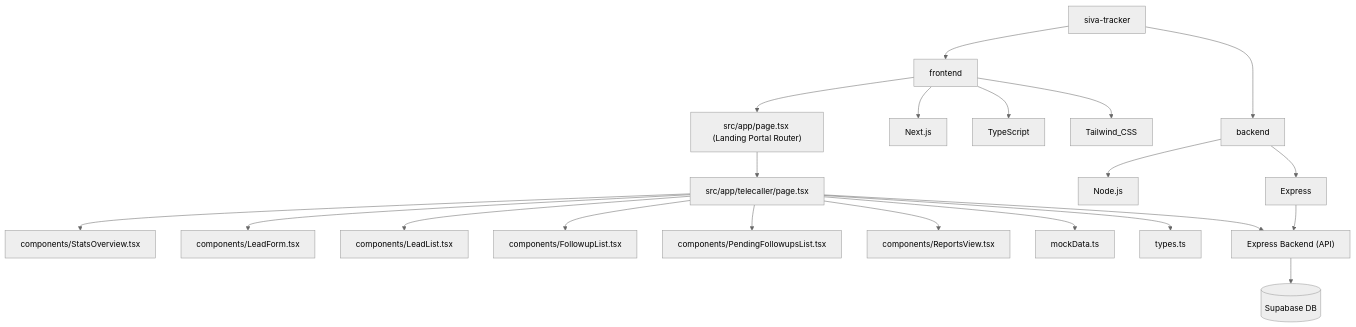
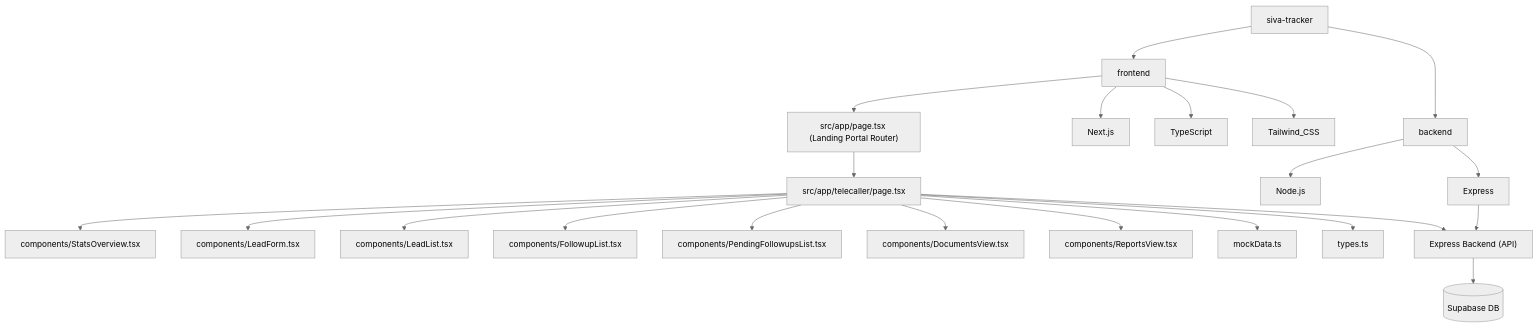
Before and after one commit to softvishnuspire/sivagoldcompanytracker: the diagram in @graphify-out/GRAPH_REPORT.MD, drawn with Mermaid (neutral theme). The commit also changed other lines of this file and 9 other files, not shown here.

````diff
--- a/@graphify-out/GRAPH_REPORT.MD
+++ b/@graphify-out/GRAPH_REPORT.MD
@@ -33,30 +33,31 @@
 ```mermaid
 graph TD
     siva-tracker --> frontend
     siva-tracker --> backend
     frontend --> Next.js
     frontend --> TypeScript
     frontend --> Tailwind_CSS
     
     %% Portal Routing
     frontend --> RootPage["src/app/page.tsx (Landing Portal Router)"]
     RootPage --> TelecallerPage
     
     %% Telecaller Panel Breakdown
     TelecallerPage["src/app/telecaller/page.tsx"] --> StatsOverview["components/StatsOverview.tsx"]
     TelecallerPage --> LeadForm["components/LeadForm.tsx"]
     TelecallerPage --> LeadList["components/LeadList.tsx"]
     TelecallerPage --> FollowupList["components/FollowupList.tsx"]
     TelecallerPage --> PendingFollowupsList["components/PendingFollowupsList.tsx"]
+    TelecallerPage --> DocumentsView["components/DocumentsView.tsx"]
     TelecallerPage --> ReportsView["components/ReportsView.tsx"]
     TelecallerPage --> MockData["mockData.ts"]
     TelecallerPage --> Types["types.ts"]
     
     %% Backend Flow
     TelecallerPage --> ExpressAPI["Express Backend (API)"]
     ExpressAPI --> SupabaseDB[("Supabase DB")]
     
     backend --> Node.js
     backend --> Express
     Express --> ExpressAPI
 ```
````
